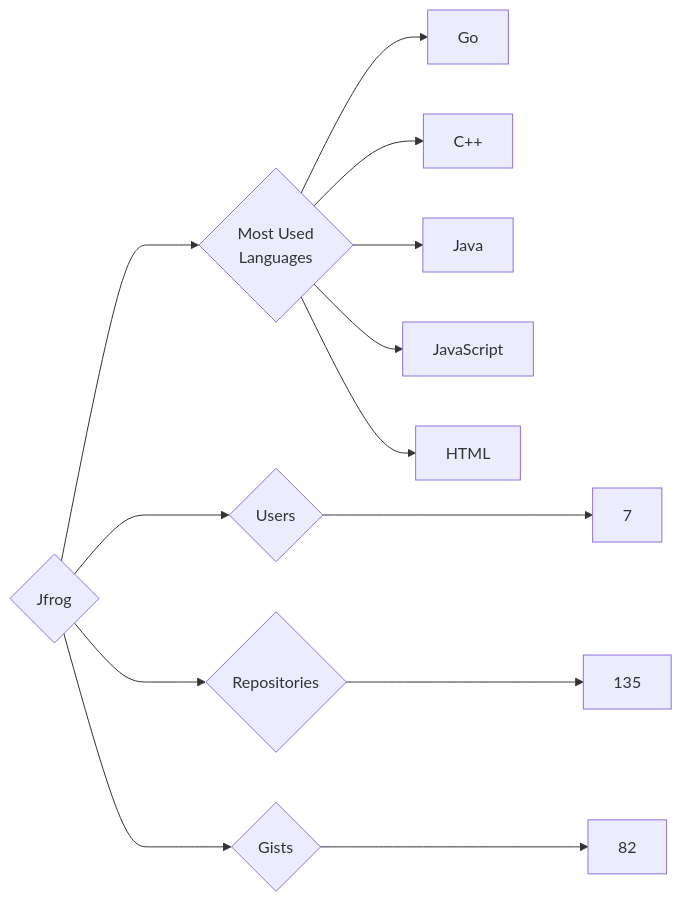
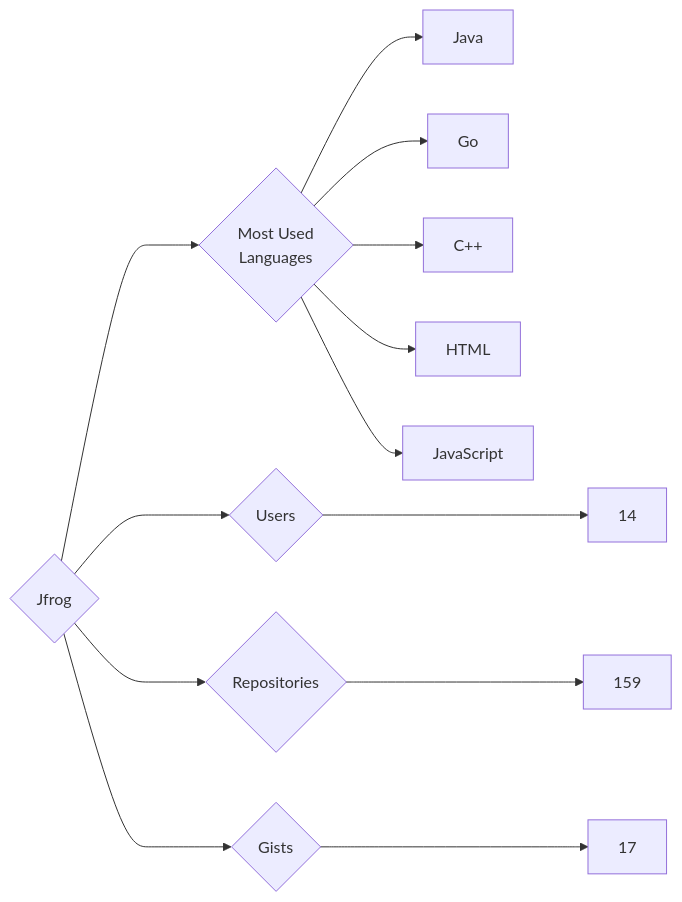
One commit to trickest/insiders changed the diagram in targets/Jfrog/README.md. Above: the diagram before and after it, drawn with Mermaid. The commit also changed 1248 other files, not shown here.

````diff
--- a/targets/Jfrog/README.md
+++ b/targets/Jfrog/README.md
@@ -3,13 +3,13 @@
 ```mermaid
 graph LR
 COMPANY_NAME{Jfrog}
-COMPANY_NAME ---> U{Users} ---> UN[7]
-COMPANY_NAME ---> R{Repositories} ---> RN[135]
-COMPANY_NAME ---> G{Gists} ---> GN[82]
+COMPANY_NAME ---> U{Users} ---> UN[14]
+COMPANY_NAME ---> R{Repositories} ---> RN[159]
+COMPANY_NAME ---> G{Gists} ---> GN[17]
 COMPANY_NAME ---> ML{Most Used<br>Languages}
+ML --> Java[Java]
 ML --> Go[Go]
 ML --> C++[C++]
-ML --> Java[Java]
+ML --> HTML[HTML]
 ML --> JavaScript[JavaScript]
-ML --> HTML[HTML]
 ```
````
